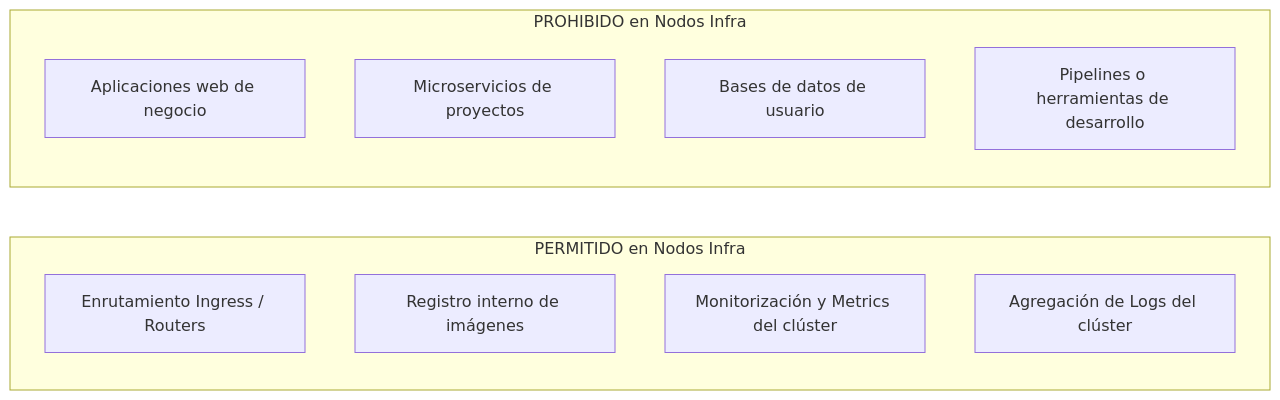
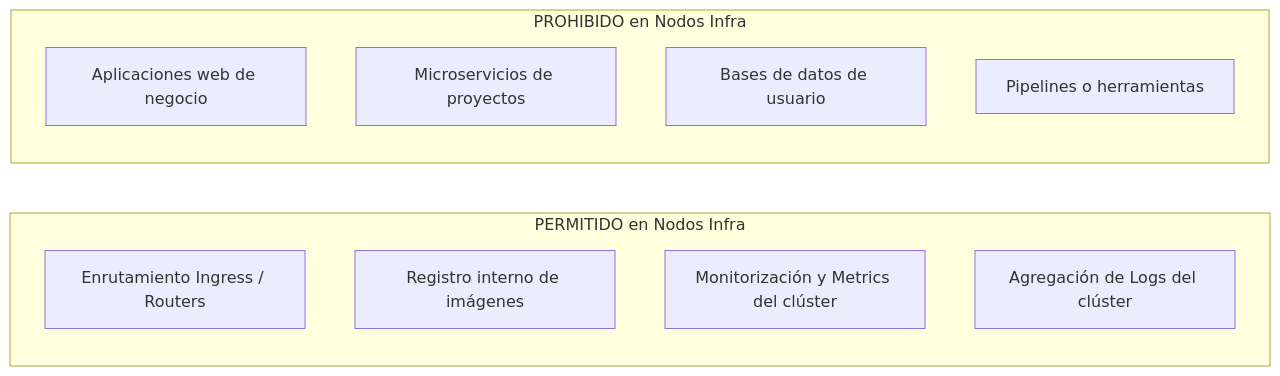
Before and after one commit to ieftraining/curso-openshift: the eighth of 8 diagrams in docs/sesion4/4.2 Recursoso, cuotas y ubicación.md, drawn with Mermaid. The commit also changed other lines of this file, not shown here.

````diff
--- a/docs/sesion4/4.2 Recursoso, cuotas y ubicación.md
+++ b/docs/sesion4/4.2 Recursoso, cuotas y ubicación.md
@@ -334,16 +333,16 @@
 ```mermaid
 flowchart LR
-    subgraph PERMITIDO en Nodos Infra
+    subgraph PERMITIDO ["PERMITIDO en Nodos Infra"]
         A[Enrutamiento Ingress / Routers]
         B[Registro interno de imágenes]
         C[Monitorización y Metrics del clúster]
         D[Agregación de Logs del clúster]
     end
 
-    subgraph PROHIBIDO en Nodos Infra
+    subgraph PROHIBIDO ["PROHIBIDO en Nodos Infra"]
         E[Aplicaciones web de negocio]
         F[Microservicios de proyectos]
         G[Bases de datos de usuario]
-        H[Pipelines o herramientas de desarrollo]
+        H[Pipelines o herramientas]
     end
 ```
````
